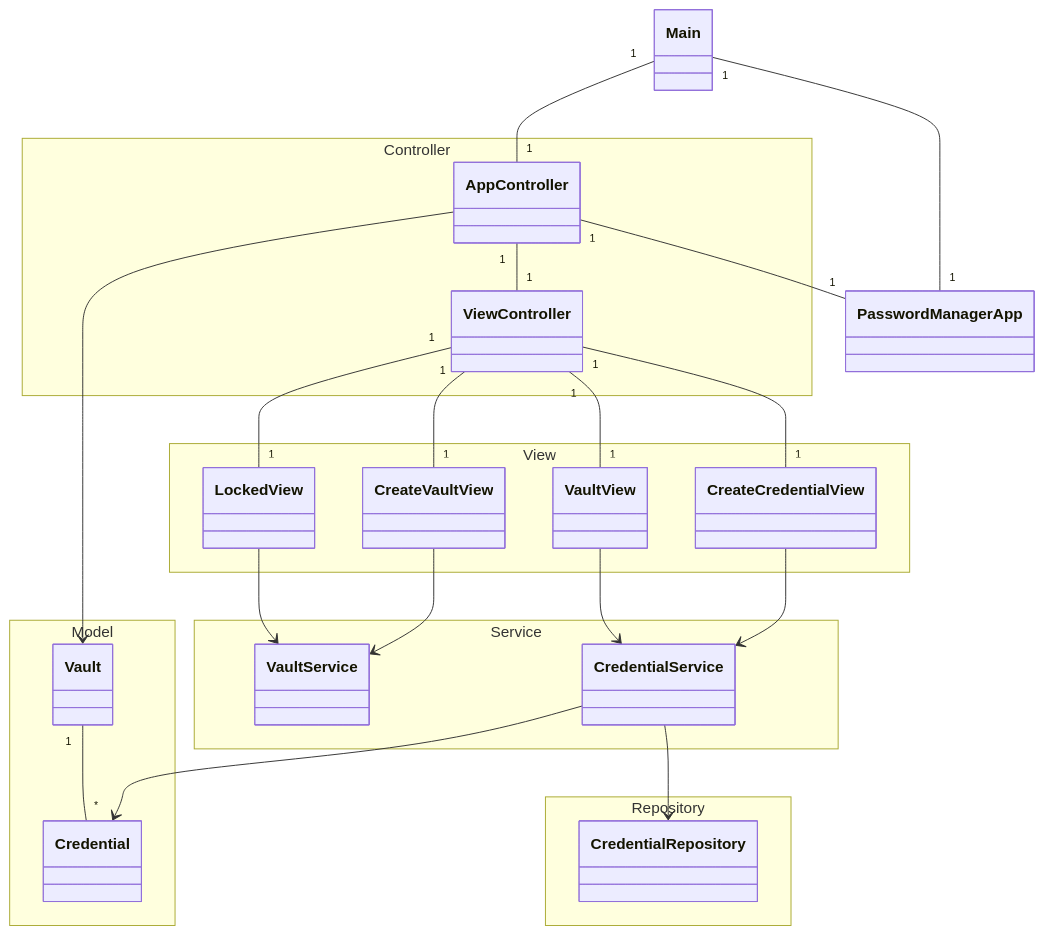
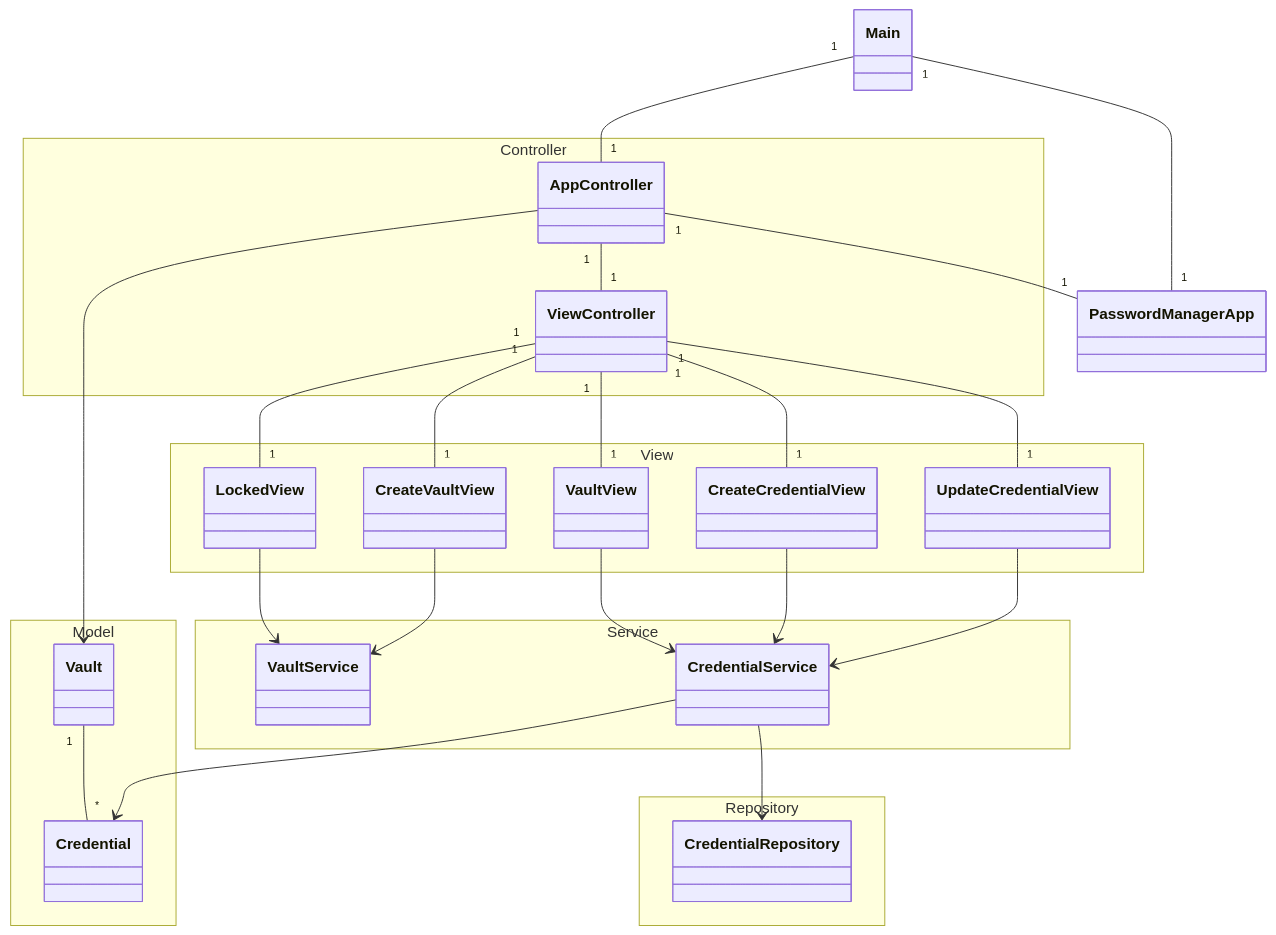
One commit to antoKeinanen/ohte-salasana-hallinta changed the first of 4 diagrams in dokumentaatio/arkkitehtuuri.md. Above: the diagram before and after it, drawn with Mermaid. The commit also changed other lines of this file and 3 other files, not shown here.

````diff
--- a/dokumentaatio/arkkitehtuuri.md
+++ b/dokumentaatio/arkkitehtuuri.md
@@ -5,50 +8,53 @@
 ```mermaid
 classDiagram
 
 class Main
 class PasswordManagerApp
 
 namespace Controller {
     class AppController
     class ViewController
 }
 
 namespace Model {
     class Vault
     class Credential
 }
 
 namespace View {
     class VaultView
     class CreateCredentialView
+    class UpdateCredentialView
     class LockedView
     class CreateVaultView
 }
 
 namespace Service {
     class VaultService
     class CredentialService
 }
 
 namespace Repository {
     class CredentialRepository
 }
 
 Main "1" -- "1" PasswordManagerApp
 Main "1" -- "1" AppController
 AppController "1" -- "1" PasswordManagerApp
 AppController "1" -- "1" ViewController
 ViewController "1" -- "1" VaultView
 ViewController "1" -- "1" CreateCredentialView
 ViewController "1" -- "1" LockedView
 ViewController "1" -- "1" CreateVaultView
+ViewController "1" -- "1" UpdateCredentialView
 LockedView --> VaultService
 CreateVaultView --> VaultService
 VaultView --> CredentialService
 CreateCredentialView --> CredentialService
+UpdateCredentialView --> CredentialService
 CredentialService --> CredentialRepository
 Vault "1" -- "*" Credential
 CredentialService --> Credential
 AppController --> Vault
 
 ```
````
